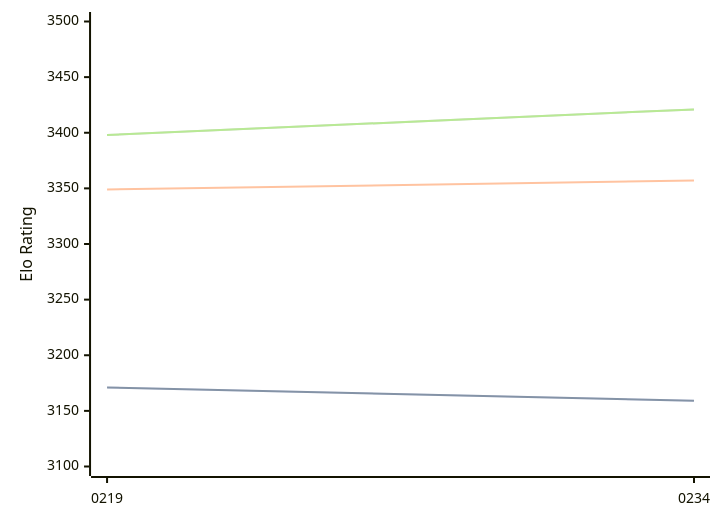
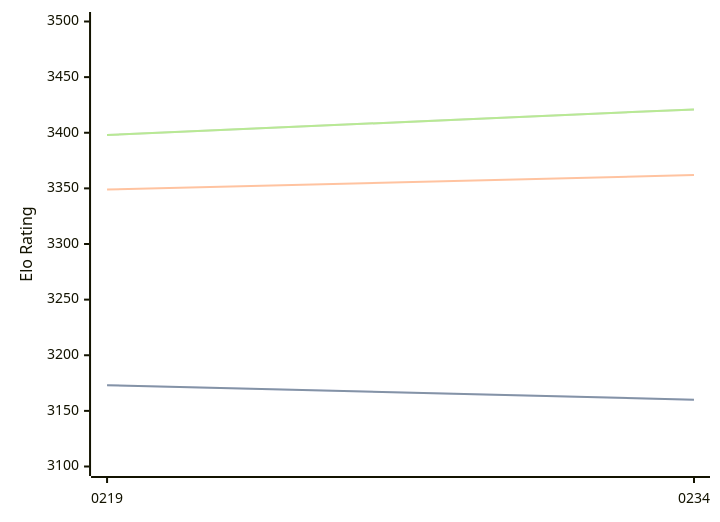
The diagram in engines/Ynode.md (computer-chess-index/cci), drawn with Mermaid before and after one commit. The commit also changed other lines of this file, not shown here.

Commit message:
Update CCI Ratings (ELO VLTC) - 2026-04-13

````diff
--- a/engines/Ynode.md
+++ b/engines/Ynode.md
@@ -39,11 +39,11 @@
 ```mermaid
 %%{init: {"theme":"base","themeVariables":{"seriesColors:['#a3a3a3','#222221','#faa371']}}}%%
 xychart-beta
   x-axis ["0219", "0234"]
   y-axis "Elo Rating" 3100 --> 3500
-  line "STC (8.0+0.08s)" [3171, 3159]
-  line "STC (8.0+0.08s)" [3171, 3159]
-  line "LTC (60.0+0.60s)" [3349, 3357]
+  line "STC (8.0+0.08s)" [3173, 3160]
+  line "STC (8.0+0.08s)" [3173, 3160]
+  line "LTC (60.0+0.60s)" [3349, 3362]
   line "VLTC (2m24s+1.12s)" [3398, 3421]
   line "VLTC (2m24s+1.12s)" [3398, 3421]
 ```
````
